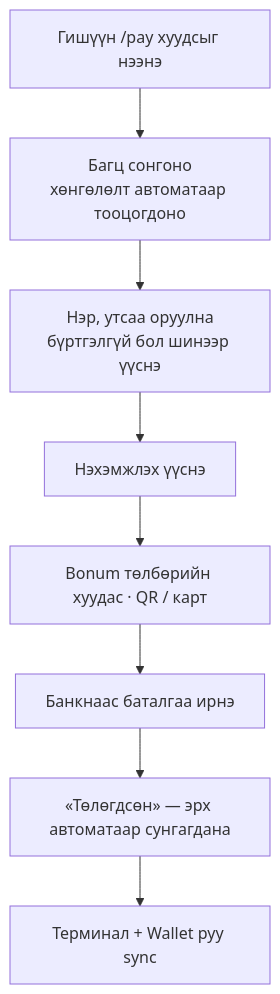
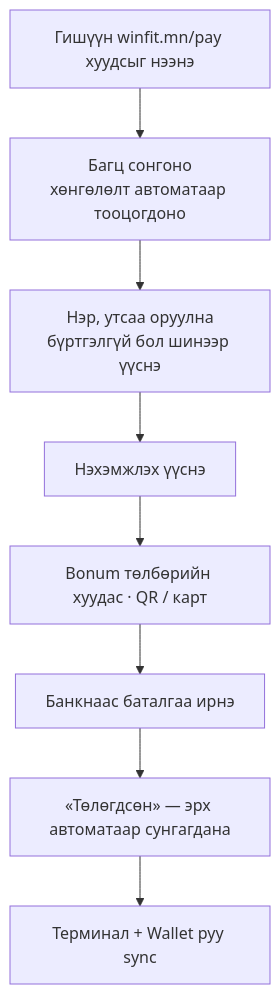
One commit to Mungunkhuyag1/fitnes_erp_dashboard changed the second of 7 diagrams in docs/admin-guide/README.md. Above: the diagram before and after it, drawn with Mermaid. The commit also changed other lines of this file and 1 other file, not shown here.

````diff
--- a/docs/admin-guide/README.md
+++ b/docs/admin-guide/README.md
@@ -145,10 +153,10 @@
 ```mermaid
 flowchart TD
-    A["Гишүүн /pay хуудсыг нээнэ"] --> B["Багц сонгоно<br/>хөнгөлөлт автоматаар тооцогдоно"]
+    A["Гишүүн winfit.mn/pay хуудсыг нээнэ"] --> B["Багц сонгоно<br/>хөнгөлөлт автоматаар тооцогдоно"]
     B --> C["Нэр, утсаа оруулна<br/>бүртгэлгүй бол шинээр үүснэ"]
     C --> D["Нэхэмжлэх үүснэ"]
     D --> E["Bonum төлбөрийн хуудас · QR / карт"]
     E --> F["Банкнаас баталгаа ирнэ"]
     F --> G["«Төлөгдсөн» — эрх автоматаар сунгагдана"]
     G --> H["Терминал + Wallet руу sync"]
 ```
````
